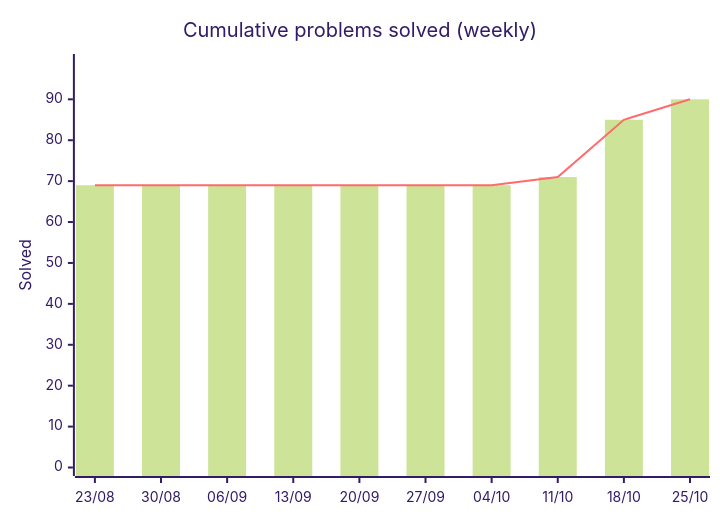
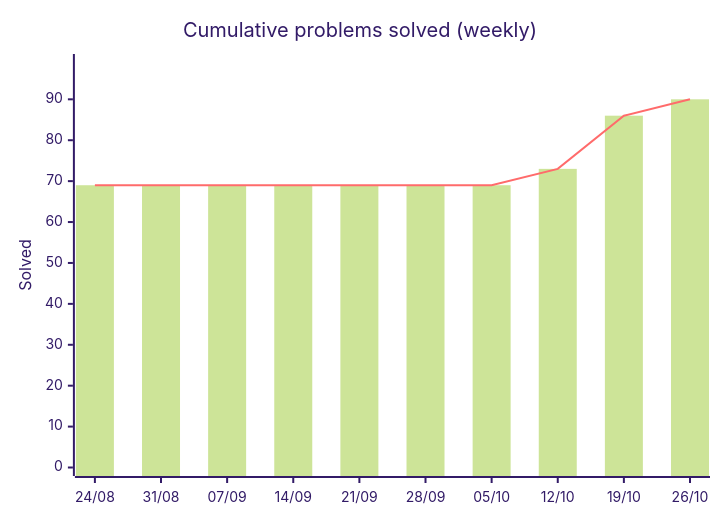
One commit to HarryTrn/TensorTonic-Solutions changed the first of 2 diagrams in README.md. Above: the diagram before and after it, drawn with Mermaid (forest theme). The commit also changed other lines of this file, not shown here.

Commit message:
docs: auto-update README [skip ci]

````diff
--- a/README.md
+++ b/README.md
@@ -65,8 +65,8 @@
 ```mermaid
 xychart-beta
     title "Cumulative problems solved (weekly)"
-    x-axis ["23/08", "30/08", "06/09", "13/09", "20/09", "27/09", "04/10", "11/10", "18/10", "25/10"]
+    x-axis ["24/08", "31/08", "07/09", "14/09", "21/09", "28/09", "05/10", "12/10", "19/10", "26/10"]
     y-axis "Solved" 0 --> 99
-    bar [69, 69, 69, 69, 69, 69, 69, 71, 85, 90]
-    line [69, 69, 69, 69, 69, 69, 69, 71, 85, 90]
+    bar [69, 69, 69, 69, 69, 69, 69, 73, 86, 90]
+    line [69, 69, 69, 69, 69, 69, 69, 73, 86, 90]
 ```
````
